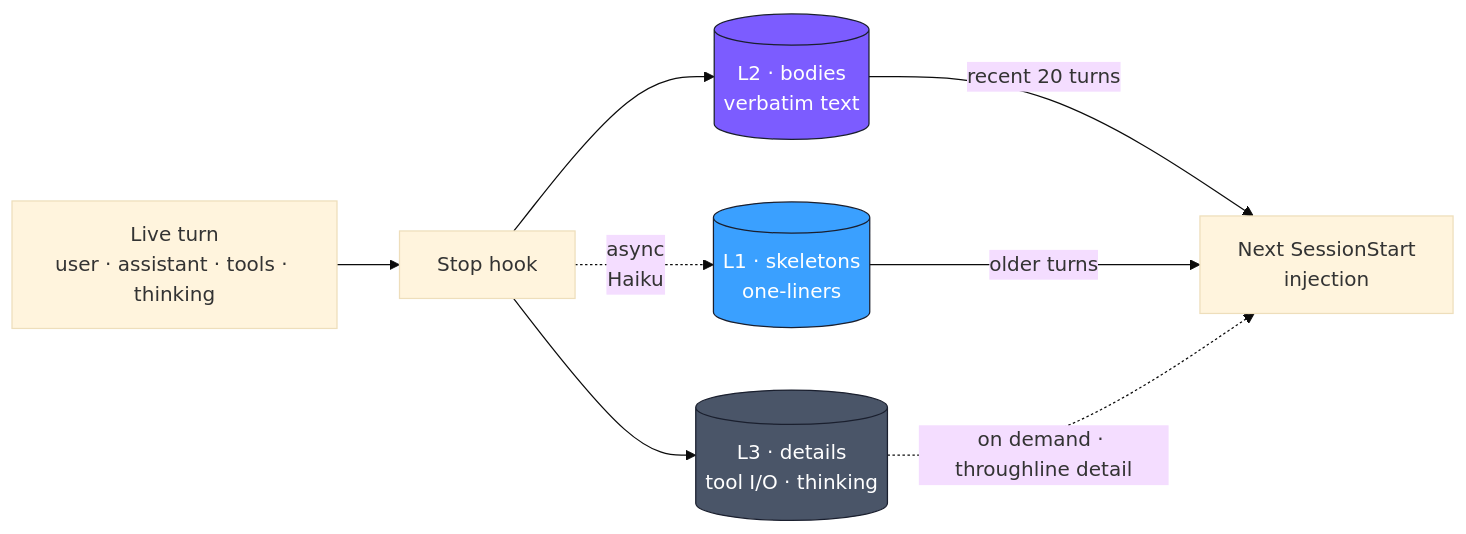
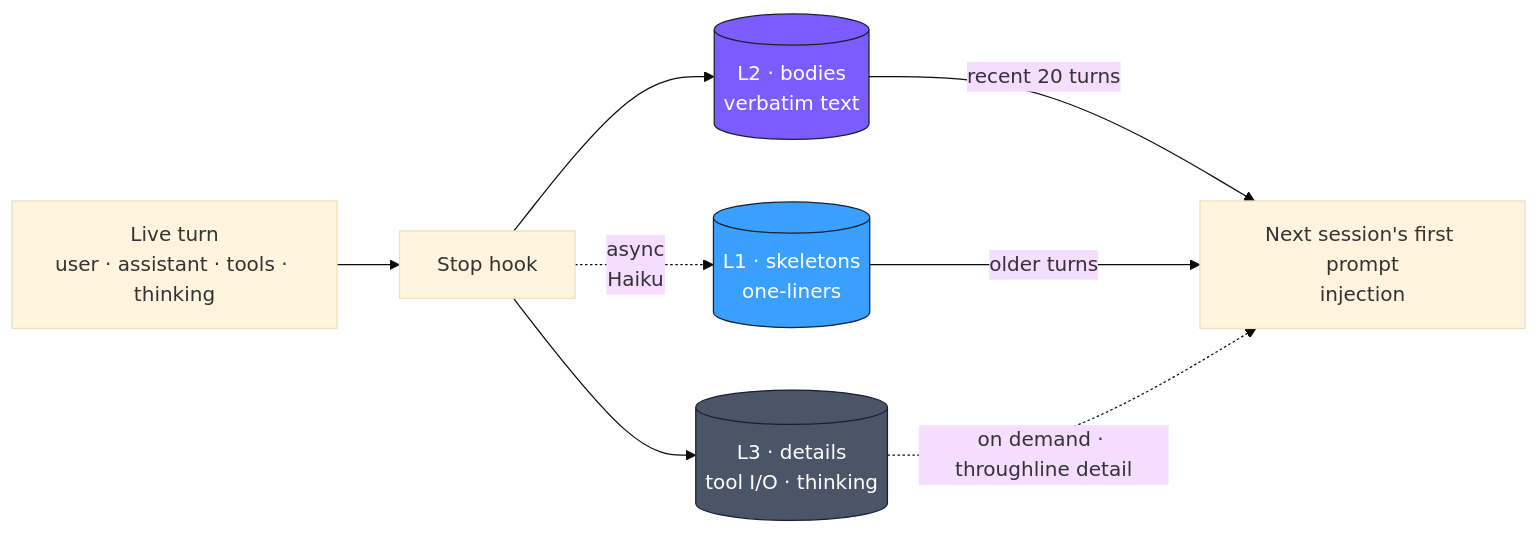
One commit to kitepon-rgb/Throughline changed the second of 3 diagrams in README.md. Above: the diagram before and after it, drawn with Mermaid (base theme). The commit also changed other lines of this file and 20 other files, not shown here.

````diff
--- a/README.md
+++ b/README.md
@@ -114,19 +114,19 @@
 ```mermaid
 flowchart LR
     T["Live turn<br/>user · assistant · tools · thinking"]
     T --> H["Stop hook"]
     H --> L2[("L2 · bodies<br/>verbatim text")]
     H --> L3[("L3 · details<br/>tool I/O · thinking")]
     H -. "async<br/>Haiku" .-> L1[("L1 · skeletons<br/>one-liners")]
 
-    L2 -- "recent 20 turns" --> S["Next SessionStart<br/>injection"]
+    L2 -- "recent 20 turns" --> S["Next session's first prompt<br/>injection"]
     L1 -- "older turns" --> S
     L3 -. "on demand · throughline detail" .-> S
 
     classDef l1 fill:#3aa0ff,stroke:#1a1f2e,color:#fff
     classDef l2 fill:#7c5cff,stroke:#1a1f2e,color:#fff
     classDef l3 fill:#4a5568,stroke:#1a1f2e,color:#fff
     class L1 l1
     class L2 l2
     class L3 l3
 ```
````
